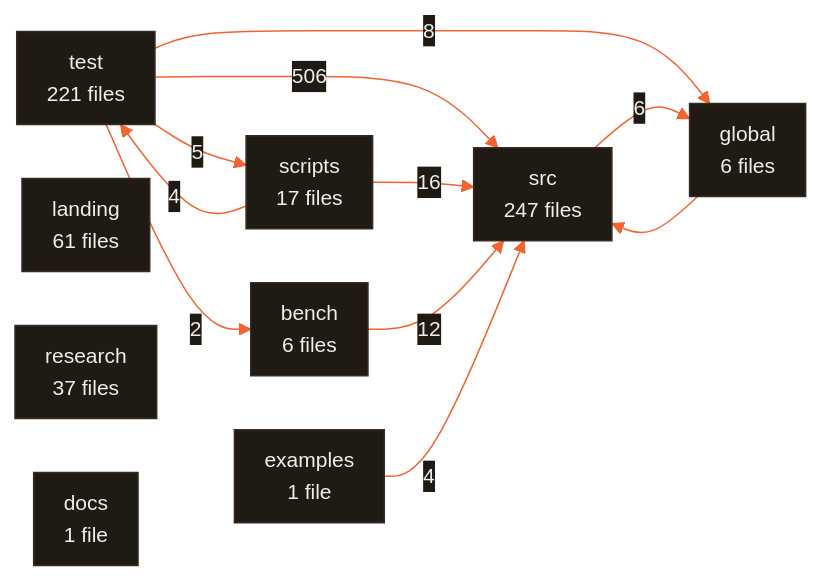
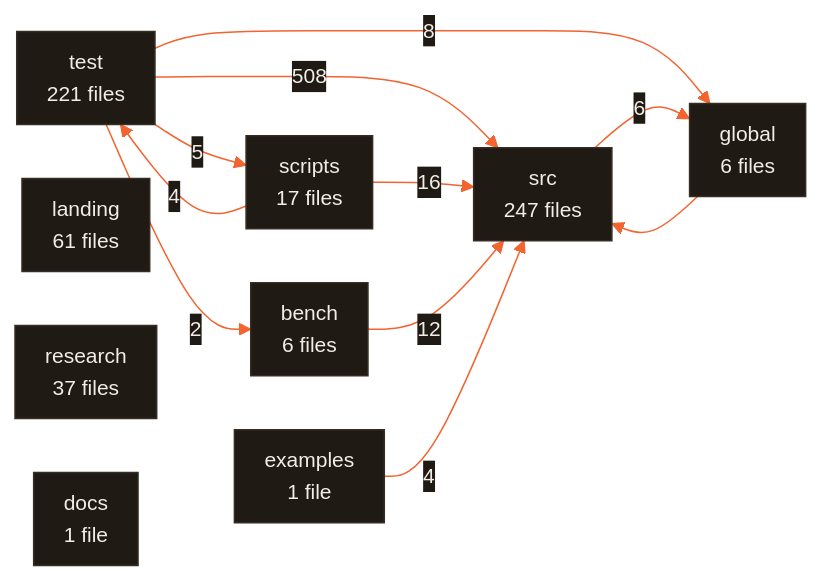
Before and after one commit to CodeWithJuber/forgekit: the diagram in ARCHITECTURE.md, drawn with Mermaid. The commit also changed 14 other files, not shown here.

````diff
--- a/ARCHITECTURE.md
+++ b/ARCHITECTURE.md
@@ -680,23 +680,23 @@
 ```mermaid
 %%{init: {'theme':'base','themeVariables':{'primaryColor':'#201a15','primaryTextColor':'#f2ede7','primaryBorderColor':'#372c22','lineColor':'#f26430','secondaryColor':'#272019','tertiaryColor':'#171310','edgeLabelBackground':'#201a15','clusterBkg':'#171310','clusterBorder':'#4a3b2e','fontFamily':'ui-sans-serif, system-ui, sans-serif','fontSize':'14px'},'flowchart':{'curve':'basis','padding':10,'nodeSpacing':36,'rankSpacing':44}}}%%
 flowchart LR
   src["src<br/>247 files"]
   test["test<br/>221 files"]
   landing["landing<br/>61 files"]
   research["research<br/>37 files"]
   scripts["scripts<br/>17 files"]
   bench["bench<br/>6 files"]
   global["global<br/>6 files"]
   docs["docs<br/>1 file"]
   examples["examples<br/>1 file"]
-  test -- 506 --> src
+  test -- 508 --> src
   scripts -- 16 --> src
   bench -- 12 --> src
   test -- 8 --> global
   src -- 6 --> global
   test -- 5 --> scripts
   examples -- 4 --> src
   scripts -- 4 --> test
   test -- 2 --> bench
   global --> src
 ```
````
